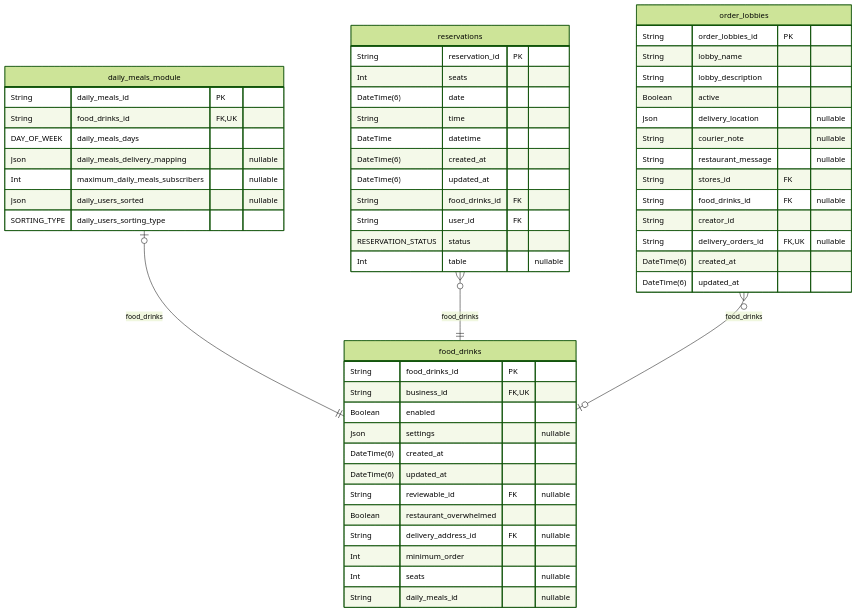
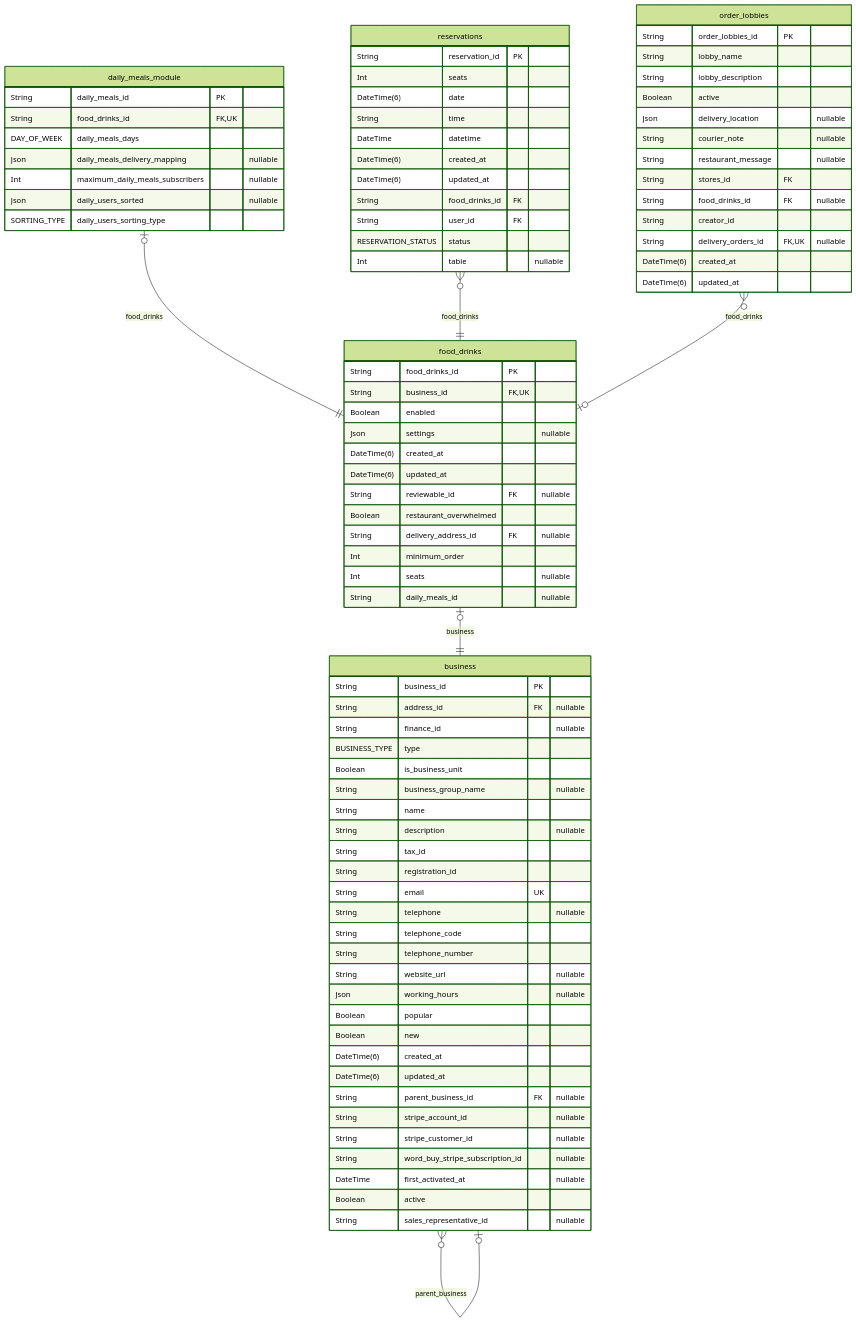
Diagram 20 of 37 in prisma/schemas/ERD.md (pbozic/be-analyisis), drawn with Mermaid (forest theme) before and after one commit. The commit also changed other lines of this file and 4 other files, not shown here.

Commit message:
feature: updated schemas with latest required changes

````diff
--- a/prisma/schemas/ERD.md
+++ b/prisma/schemas/ERD.md
@@ -4710,6 +4862,35 @@
   String user_id FK
   RESERVATION_STATUS status
   Int table "nullable"
+}
+"business" {
+  String business_id PK
+  String address_id FK "nullable"
+  String finance_id "nullable"
+  BUSINESS_TYPE type
+  Boolean is_business_unit
+  String business_group_name "nullable"
+  String name
+  String description "nullable"
+  String tax_id
+  String registration_id
+  String email UK
+  String telephone "nullable"
+  String telephone_code
+  String telephone_number
+  String website_url "nullable"
+  Json working_hours "nullable"
+  Boolean popular
+  Boolean new
+  DateTime(6) created_at
+  DateTime(6) updated_at
+  String parent_business_id FK "nullable"
+  String stripe_account_id "nullable"
+  String stripe_customer_id "nullable"
+  String word_buy_stripe_subscription_id "nullable"
+  DateTime first_activated_at "nullable"
+  Boolean active
+  String sales_representative_id "nullable"
 }
 "food_drinks" {
   String food_drinks_id PK
@@ -4742,5 +4923,7 @@
 }
 "daily_meals_module" |o--|| "food_drinks" : food_drinks
 "reservations" }o--|| "food_drinks" : food_drinks
+"business" }o--o| "business" : parent_business
+"food_drinks" |o--|| "business" : business
 "order_lobbies" }o--o| "food_drinks" : food_drinks
 ```
````
